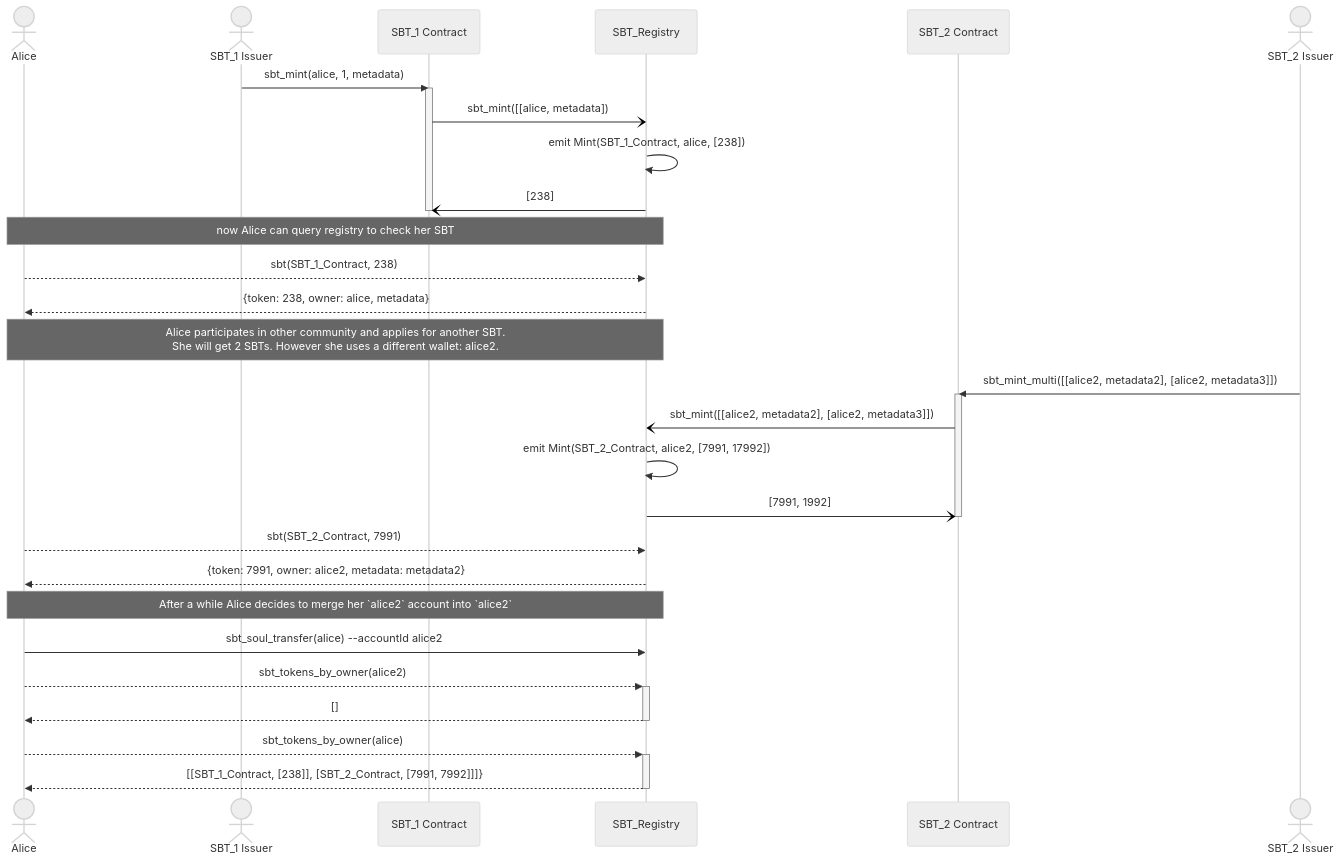
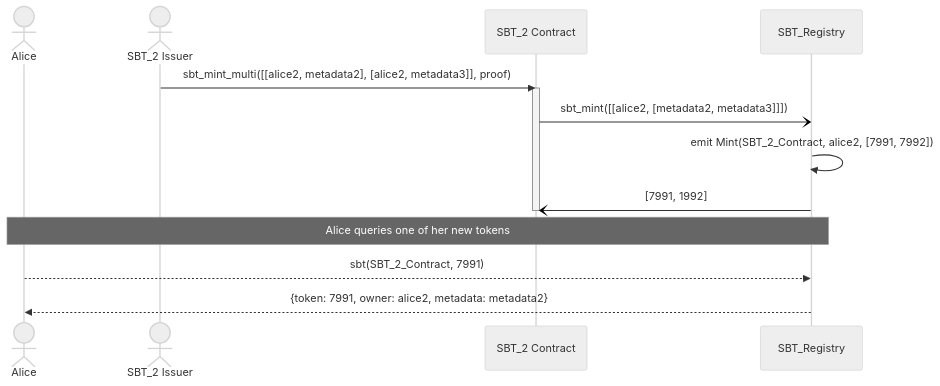
The second of 3 diagrams in neps/nep-0393.md (near/NEPs), drawn with Mermaid (neutral theme) before and after one commit. The commit also changed other lines of this file, not shown here.

Commit message:
update diagram

````diff
--- a/neps/nep-0393.md
+++ b/neps/nep-0393.md
@@ -382,44 +409,19 @@
 ```mermaid
 sequenceDiagram
     actor Alice
-    actor Issuer1 as SBT_1 Issuer
+    actor Issuer2 as SBT_2 Issuer
 
-    participant SBT1 as SBT_1 Contract
+    participant SBT2 as SBT_2 Contract
     participant SBT_Registry
 
-    Issuer1->>SBT1: sbt_mint(alice, 1, metadata)
-    activate SBT1
-    SBT1-)SBT_Registry: sbt_mint([[alice, metadata])
-    SBT_Registry->>SBT_Registry: emit Mint(SBT_1_Contract, alice, [238])
-    SBT_Registry-)SBT1: [238]
-    deactivate SBT1
-
-    Note over Alice,SBT_Registry: now Alice can query registry to check her SBT
-
-    Alice-->>SBT_Registry: sbt(SBT_1_Contract, 238)
-    SBT_Registry-->>Alice: {token: 238, owner: alice, metadata}
-
-    Note over Alice,SBT_Registry: Alice participates in other community and applies for another SBT.<br/> She will get 2 SBTs. However she uses a different wallet: alice2.
-
-    participant SBT2 as SBT_2 Contract
-    actor Issuer2 as SBT_2 Issuer
-
-    Issuer2->>SBT2: sbt_mint_multi([[alice2, metadata2], [alice2, metadata3]])
+    Issuer2->>SBT2: sbt_mint_multi([[alice2, metadata2], [alice2, metadata3]], proof)
     activate SBT2
-    SBT2-)SBT_Registry: sbt_mint([[alice2, metadata2], [alice2, metadata3]])
-    SBT_Registry->>SBT_Registry: emit Mint(SBT_2_Contract, alice2, [7991, 17992])
+    SBT2-)SBT_Registry: sbt_mint([[alice2, [metadata2, metadata3]]])
+    SBT_Registry->>SBT_Registry: emit Mint(SBT_2_Contract, alice2, [7991, 7992])
     SBT_Registry-)SBT2: [7991, 1992]
     deactivate SBT2
 
+    Note over Alice,SBT_Registry: Alice queries one of her new tokens
     Alice-->>SBT_Registry: sbt(SBT_2_Contract, 7991)
     SBT_Registry-->>Alice: {token: 7991, owner: alice2, metadata: metadata2}
-
-    Note over Alice,SBT_Registry: After a while Alice decides to merge her `alice2` account into `alice2`
-    Alice->>SBT_Registry: sbt_soul_transfer(alice) --accountId alice2
-
-    Alice-->>+SBT_Registry: sbt_tokens_by_owner(alice2)
-    SBT_Registry-->>-Alice: []
-
-    Alice-->>+SBT_Registry: sbt_tokens_by_owner(alice)
-    SBT_Registry-->>-Alice: [[SBT_1_Contract, [238]], [SBT_2_Contract, [7991, 7992]]]}
 ```
````
